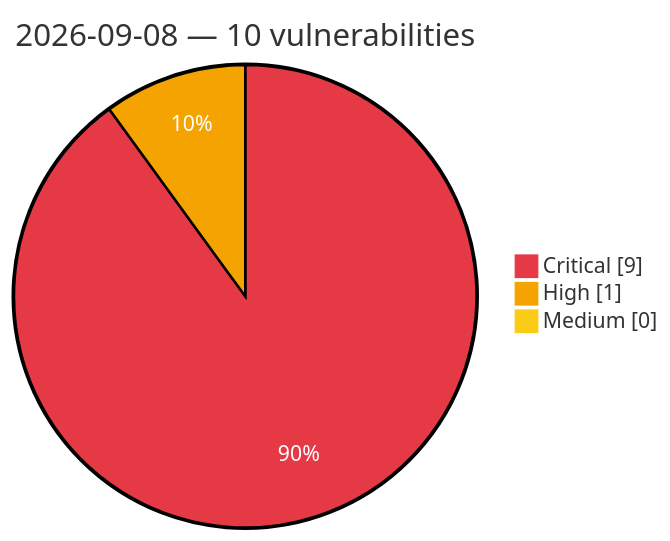
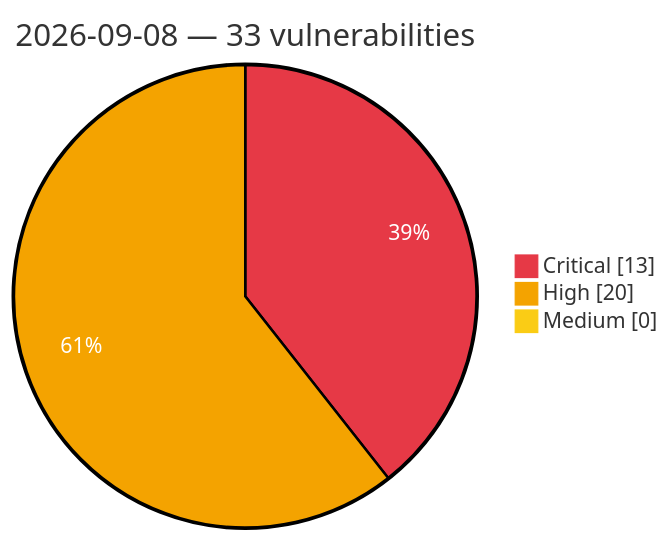
Before and after one commit to GhostX0X/vuln-tracker: the diagram in vulnerabilities/2026/September/2026-09-08.md, drawn with Mermaid. The commit also changed other lines of this file and 5 other files, not shown here.

Commit message:
Auto update: critical/high vulns (2026-09-08 14:10 UTC)

````diff
--- a/vulnerabilities/2026/September/2026-09-08.md
+++ b/vulnerabilities/2026/September/2026-09-08.md
@@ -3,8 +3,8 @@
 ```mermaid
 %%{init: {'theme':'base', 'themeVariables': {'pie1':'#e63946', 'pie2':'#f4a300', 'pie3':'#facc15', 'pieOpacity':'1', 'pieOuterStrokeWidth':'2px', 'pieSectionTextColor':'#ffffff'}}}%%
 pie showData
-    title 2026-09-08 — 10 vulnerabilities
-    "Critical" : 9
-    "High" : 1
+    title 2026-09-08 — 33 vulnerabilities
+    "Critical" : 13
+    "High" : 20
     "Medium" : 0
 ```
````
